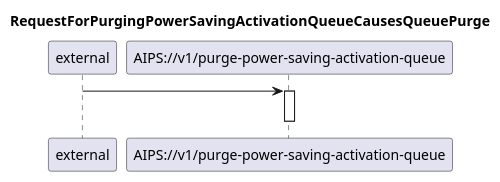
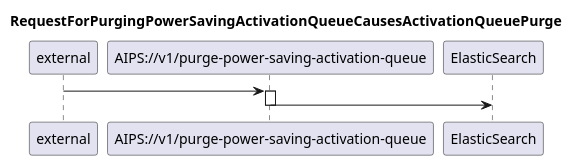
Before and after one commit to kmohr-soprasteria/AIPS_wip: the diagram in diagrams/04 Link group related switching operation/402_purgePowerSavingActivationQueue.plantuml, drawn with PlantUML. The commit also changed 15 other files, not shown here.

Commit message:
diagrams done

```diff
--- a/diagrams/04 Link group related switching operation/402_purgePowerSavingActivationQueue.plantuml
+++ b/diagrams/04 Link group related switching operation/402_purgePowerSavingActivationQueue.plantuml
@@ -1,16 +1,18 @@
 @startuml 402_purgePowerSavingActivationQueue
 skinparam responseMessageBelowArrow true
 
 title
-RequestForPurgingPowerSavingActivationQueueCausesQueuePurge
+RequestForPurgingPowerSavingActivationQueueCausesActivationQueuePurge
 end title
 
 participant "external" as requestor
 participant "AIPS://v1/purge-power-saving-activation-queue" as purgeQueue
+participant "ElasticSearch" as es
 
 requestor -> purgeQueue
 activate purgeQueue
+purgeQueue -> es
 
 deactivate purgeQueue
 
 @enduml
```
